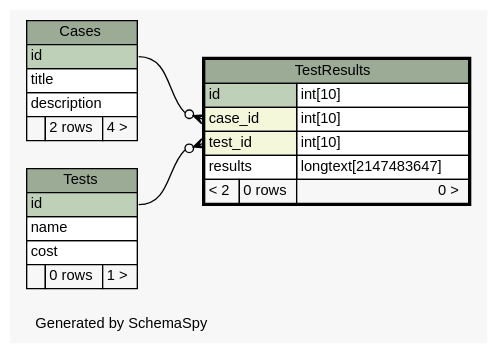
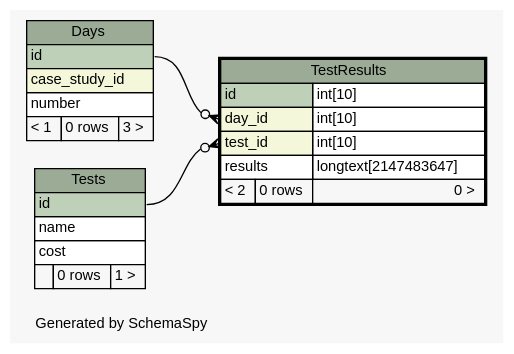
One commit to carrel2/CaseStudies changed the diagram in web/files/schema/diagrams/TestResults.1degree.dot. Above: the diagram before and after it, drawn with Graphviz. The commit also changed 88 other files, not shown here.

```diff
--- a/web/files/schema/diagrams/TestResults.1degree.dot
+++ b/web/files/schema/diagrams/TestResults.1degree.dot
@@ -1,61 +1,61 @@
-// dot 2.38.0 on Linux 4.4.0-59-generic
+// dot 2.38.0 on Linux 4.4.0-62-generic
 // SchemaSpy rev 590
 digraph "oneDegreeRelationshipsDiagram" {
   graph [
     rankdir="RL"
     bgcolor="#f7f7f7"
     label="\nGenerated by SchemaSpy"
     labeljust="l"
     nodesep="0.18"
     ranksep="0.46"
     fontname="Helvetica"
     fontsize="11"
   ];
   node [
     fontname="Helvetica"
     fontsize="11"
     shape="plaintext"
   ];
   edge [
     arrowsize="0.8"
   ];
-  "TestResults":"case_id":w -> "Cases":"id":e [arrowhead=none dir=back arrowtail=crowodot];
+  "TestResults":"day_id":w -> "Days":"id":e [arrowhead=none dir=back arrowtail=crowodot];
   "TestResults":"test_id":w -> "Tests":"id":e [arrowhead=none dir=back arrowtail=crowodot];
-  "Cases" [
+  "Days" [
     label=<
     <TABLE BORDER="0" CELLBORDER="1" CELLSPACING="0" BGCOLOR="#ffffff">
-      <TR><TD COLSPAN="3" BGCOLOR="#9bab96" ALIGN="CENTER">Cases</TD></TR>
+      <TR><TD COLSPAN="3" BGCOLOR="#9bab96" ALIGN="CENTER">Days</TD></TR>
       <TR><TD PORT="id" COLSPAN="3" BGCOLOR="#bed1b8" ALIGN="LEFT">id</TD></TR>
-      <TR><TD PORT="title" COLSPAN="3" ALIGN="LEFT">title</TD></TR>
-      <TR><TD PORT="description" COLSPAN="3" ALIGN="LEFT">description</TD></TR>
-      <TR><TD ALIGN="LEFT" BGCOLOR="#f7f7f7">  </TD><TD ALIGN="RIGHT" BGCOLOR="#f7f7f7">2 rows</TD><TD ALIGN="RIGHT" BGCOLOR="#f7f7f7">4 &gt;</TD></TR>
+      <TR><TD PORT="case_study_id" COLSPAN="3" BGCOLOR="#f4f7da" ALIGN="LEFT">case_study_id</TD></TR>
+      <TR><TD PORT="number" COLSPAN="3" ALIGN="LEFT">number</TD></TR>
+      <TR><TD ALIGN="LEFT" BGCOLOR="#f7f7f7">&lt; 1</TD><TD ALIGN="RIGHT" BGCOLOR="#f7f7f7">0 rows</TD><TD ALIGN="RIGHT" BGCOLOR="#f7f7f7">3 &gt;</TD></TR>
     </TABLE>>
-    URL="Cases.html"
-    tooltip="Cases"
+    URL="Days.html"
+    tooltip="Days"
   ];
   "TestResults" [
     label=<
     <TABLE BORDER="2" CELLBORDER="1" CELLSPACING="0" BGCOLOR="#ffffff">
       <TR><TD COLSPAN="3" BGCOLOR="#9bab96" ALIGN="CENTER">TestResults</TD></TR>
       <TR><TD PORT="id" COLSPAN="2" BGCOLOR="#bed1b8" ALIGN="LEFT">id</TD><TD PORT="id.type" ALIGN="LEFT">int[10]</TD></TR>
-      <TR><TD PORT="case_id" COLSPAN="2" BGCOLOR="#f4f7da" ALIGN="LEFT">case_id</TD><TD PORT="case_id.type" ALIGN="LEFT">int[10]</TD></TR>
+      <TR><TD PORT="day_id" COLSPAN="2" BGCOLOR="#f4f7da" ALIGN="LEFT">day_id</TD><TD PORT="day_id.type" ALIGN="LEFT">int[10]</TD></TR>
       <TR><TD PORT="test_id" COLSPAN="2" BGCOLOR="#f4f7da" ALIGN="LEFT">test_id</TD><TD PORT="test_id.type" ALIGN="LEFT">int[10]</TD></TR>
       <TR><TD PORT="results" COLSPAN="2" ALIGN="LEFT">results</TD><TD PORT="results.type" ALIGN="LEFT">longtext[2147483647]</TD></TR>
       <TR><TD ALIGN="LEFT" BGCOLOR="#f7f7f7">&lt; 2</TD><TD ALIGN="RIGHT" BGCOLOR="#f7f7f7">0 rows</TD><TD ALIGN="RIGHT" BGCOLOR="#f7f7f7">0 &gt;</TD></TR>
     </TABLE>>
     URL="TestResults.html"
     tooltip="TestResults"
   ];
   "Tests" [
     label=<
     <TABLE BORDER="0" CELLBORDER="1" CELLSPACING="0" BGCOLOR="#ffffff">
       <TR><TD COLSPAN="3" BGCOLOR="#9bab96" ALIGN="CENTER">Tests</TD></TR>
       <TR><TD PORT="id" COLSPAN="3" BGCOLOR="#bed1b8" ALIGN="LEFT">id</TD></TR>
       <TR><TD PORT="name" COLSPAN="3" ALIGN="LEFT">name</TD></TR>
       <TR><TD PORT="cost" COLSPAN="3" ALIGN="LEFT">cost</TD></TR>
       <TR><TD ALIGN="LEFT" BGCOLOR="#f7f7f7">  </TD><TD ALIGN="RIGHT" BGCOLOR="#f7f7f7">0 rows</TD><TD ALIGN="RIGHT" BGCOLOR="#f7f7f7">1 &gt;</TD></TR>
     </TABLE>>
     URL="Tests.html"
     tooltip="Tests"
   ];
 }
```
